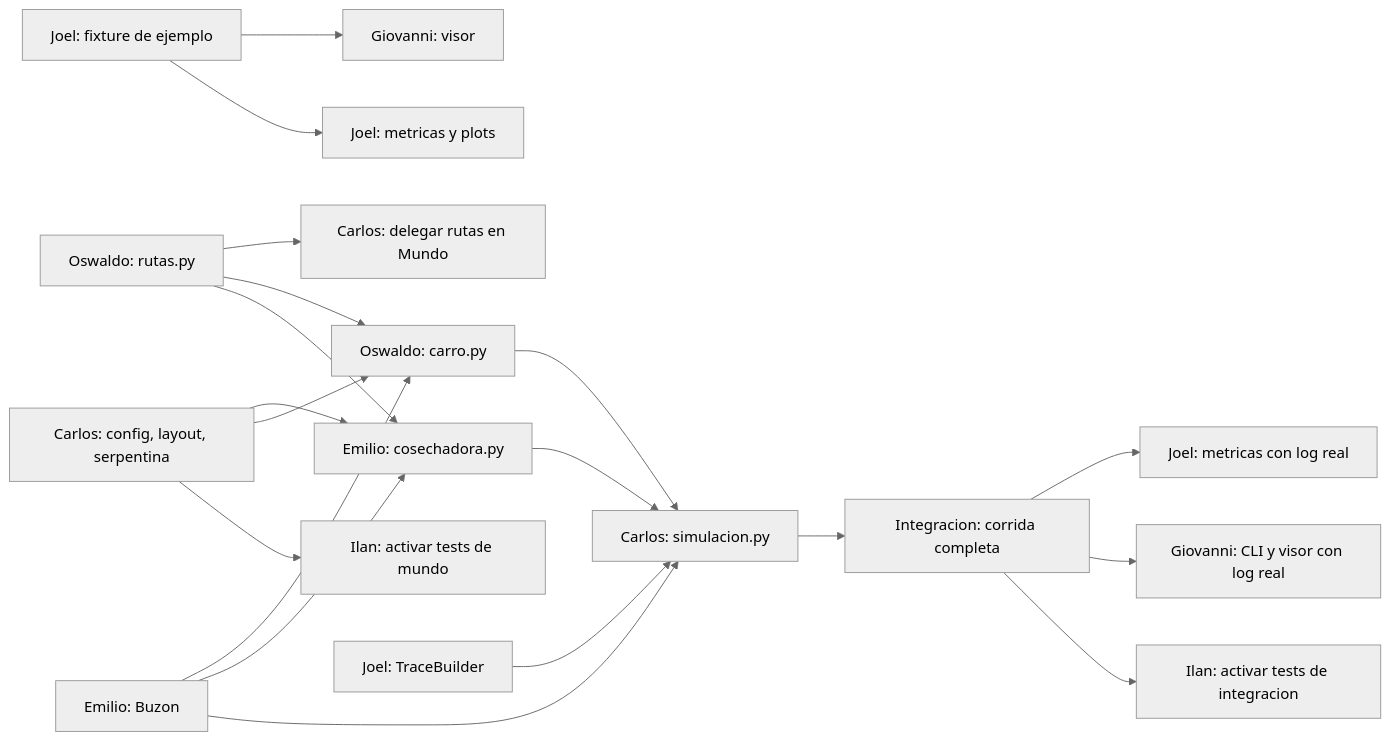
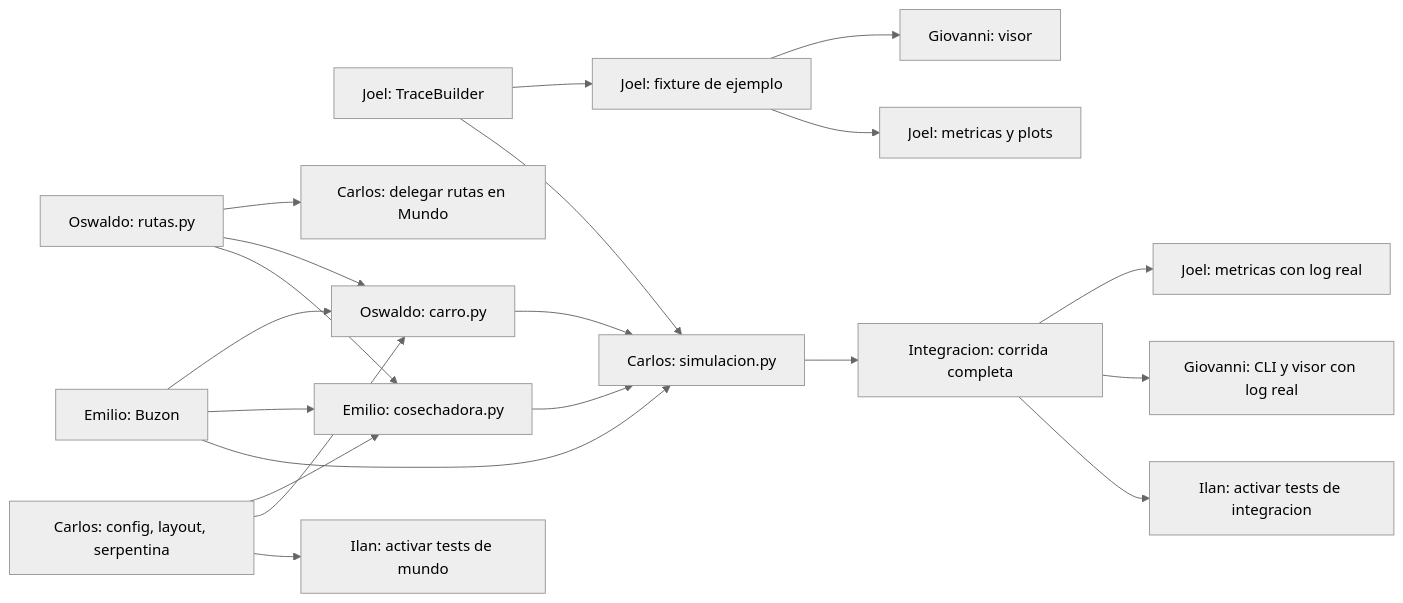
One commit to Carlos-EAC/temporary changed the first of 2 diagrams in docs/plan_de_trabajo.md. Above: the diagram before and after it, drawn with Mermaid (neutral theme). The commit also changed other lines of this file and 12 other files, not shown here.

````diff
--- a/docs/plan_de_trabajo.md
+++ b/docs/plan_de_trabajo.md
@@ -230,21 +232,22 @@
 ```mermaid
 flowchart LR
   J1["Joel: fixture de ejemplo"] --> E1["Giovanni: visor"]
   J1 --> J3["Joel: metricas y plots"]
+  J2 --> J1
   O1["Oswaldo: rutas.py"] --> C5["Carlos: delegar rutas en Mundo"]
   O1 --> O3["Oswaldo: carro.py"]
   O1 --> M3["Emilio: cosechadora.py"]
   C2["Carlos: config, layout, serpentina"] --> M3
   C2 --> O3
   C2 --> I2["Ilan: activar tests de mundo"]
   M1["Emilio: Buzon"] --> O3
   M1 --> M3
   M1 --> C6["Carlos: simulacion.py"]
   J2["Joel: TraceBuilder"] --> C6
   M3 --> C6
   O3 --> C6
   C6 --> INT["Integracion: corrida completa"]
   INT --> J5["Joel: metricas con log real"]
   INT --> E3["Giovanni: CLI y visor con log real"]
   INT --> I3["Ilan: activar tests de integracion"]
 ```
````
